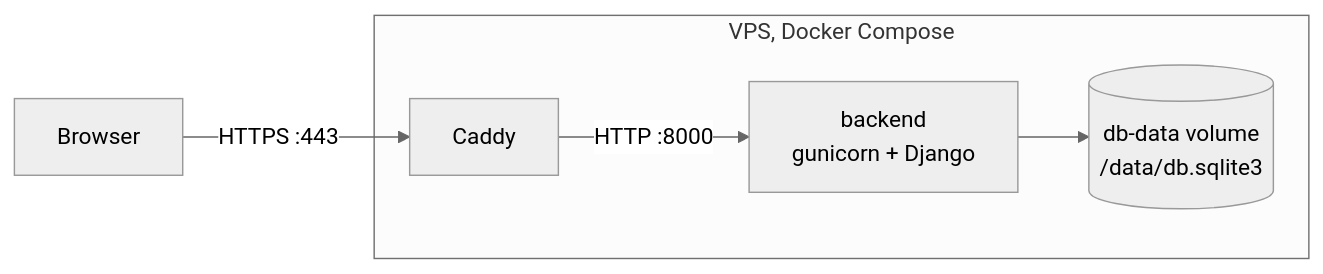
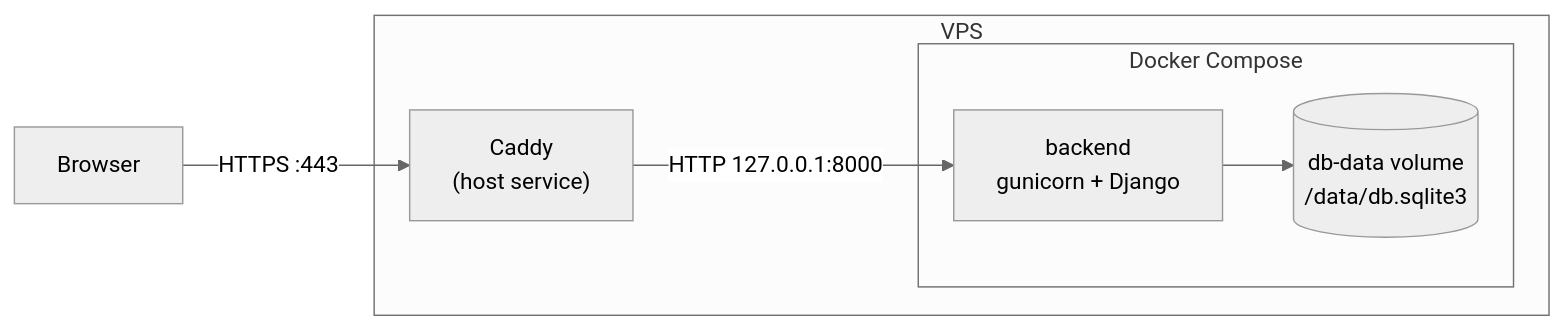
One commit to MrAleborg/portfolio changed the diagram in backend/docs/deployment.md. Above: the diagram before and after it, drawn with Mermaid (neutral theme). The commit also changed other lines of this file and 5 other files, not shown here.

````diff
--- a/backend/docs/deployment.md
+++ b/backend/docs/deployment.md
@@ -8,8 +9,10 @@
 ```mermaid
 flowchart LR
-    Browser -- "HTTPS :443" --> Caddy
-    subgraph VPS [VPS, Docker Compose]
-        Caddy -- "HTTP :8000" --> Backend["backend<br>gunicorn + Django"]
-        Backend --> DB[("db-data volume<br>/data/db.sqlite3")]
+    Browser -- "HTTPS :443" --> Caddy["Caddy<br>(host service)"]
+    subgraph VPS
+        Caddy -- "HTTP 127.0.0.1:8000" --> Backend
+        subgraph Compose [Docker Compose]
+            Backend["backend<br>gunicorn + Django"] --> DB[("db-data volume<br>/data/db.sqlite3")]
+        end
     end
 ```
````
